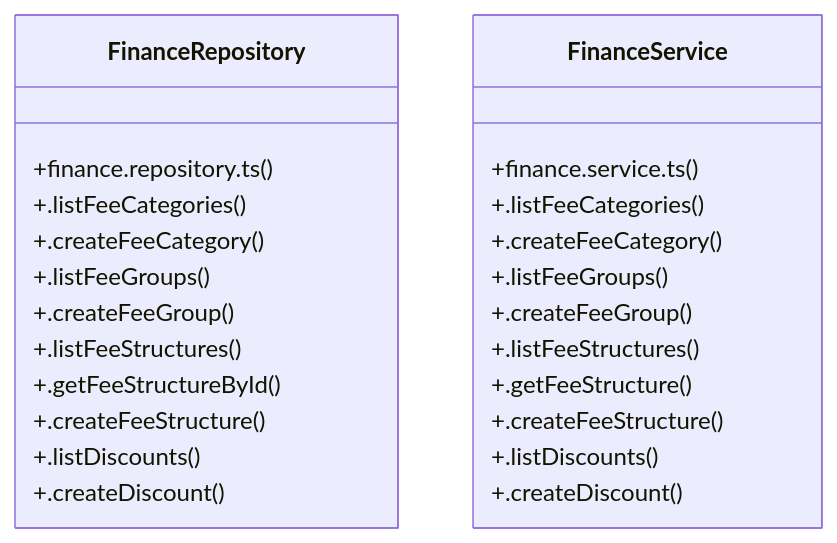
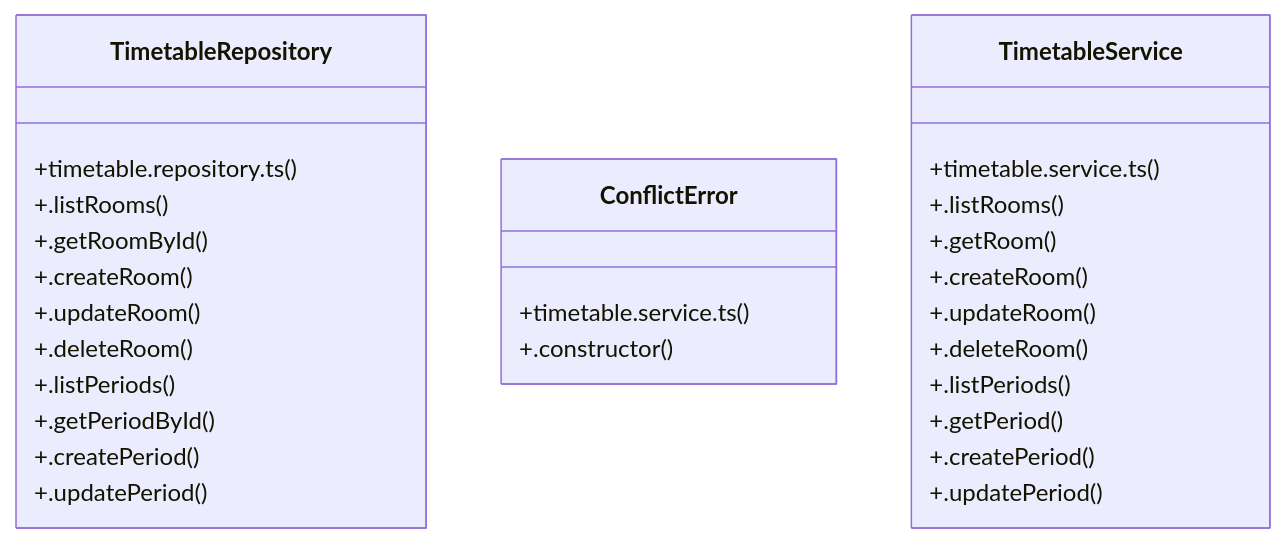
Before and after one commit to laxminivas06/vidforum: the diagram in graphify-out/wiki/[Document-_Tech_Spec_&_1.1_Backend_Architecture_—_Layered_MVC]_Cluster.md, drawn with Mermaid. The commit also changed other lines of this file and 201 other files, not shown here.

````diff
--- a/graphify-out/wiki/[Document-_Tech_Spec_&_1.1_Backend_Architecture_—_Layered_MVC]_Cluster.md
+++ b/graphify-out/wiki/[Document-_Tech_Spec_&_1.1_Backend_Architecture_—_Layered_MVC]_Cluster.md
@@ -36,27 +36,31 @@
 ```mermaid
 classDiagram
-    class FinanceRepository {
-        +finance.repository.ts()
-        +.listFeeCategories()
-        +.createFeeCategory()
-        +.listFeeGroups()
-        +.createFeeGroup()
-        +.listFeeStructures()
-        +.getFeeStructureById()
-        +.createFeeStructure()
-        +.listDiscounts()
-        +.createDiscount()
+    class TimetableRepository {
+        +timetable.repository.ts()
+        +.listRooms()
+        +.getRoomById()
+        +.createRoom()
+        +.updateRoom()
+        +.deleteRoom()
+        +.listPeriods()
+        +.getPeriodById()
+        +.createPeriod()
+        +.updatePeriod()
     }
-    class FinanceService {
-        +finance.service.ts()
-        +.listFeeCategories()
-        +.createFeeCategory()
-        +.listFeeGroups()
-        +.createFeeGroup()
-        +.listFeeStructures()
-        +.getFeeStructure()
-        +.createFeeStructure()
-        +.listDiscounts()
-        +.createDiscount()
+    class ConflictError {
+        +timetable.service.ts()
+        +.constructor()
+    }
+    class TimetableService {
+        +timetable.service.ts()
+        +.listRooms()
+        +.getRoom()
+        +.createRoom()
+        +.updateRoom()
+        +.deleteRoom()
+        +.listPeriods()
+        +.getPeriod()
+        +.createPeriod()
+        +.updatePeriod()
     }
 ```
````
